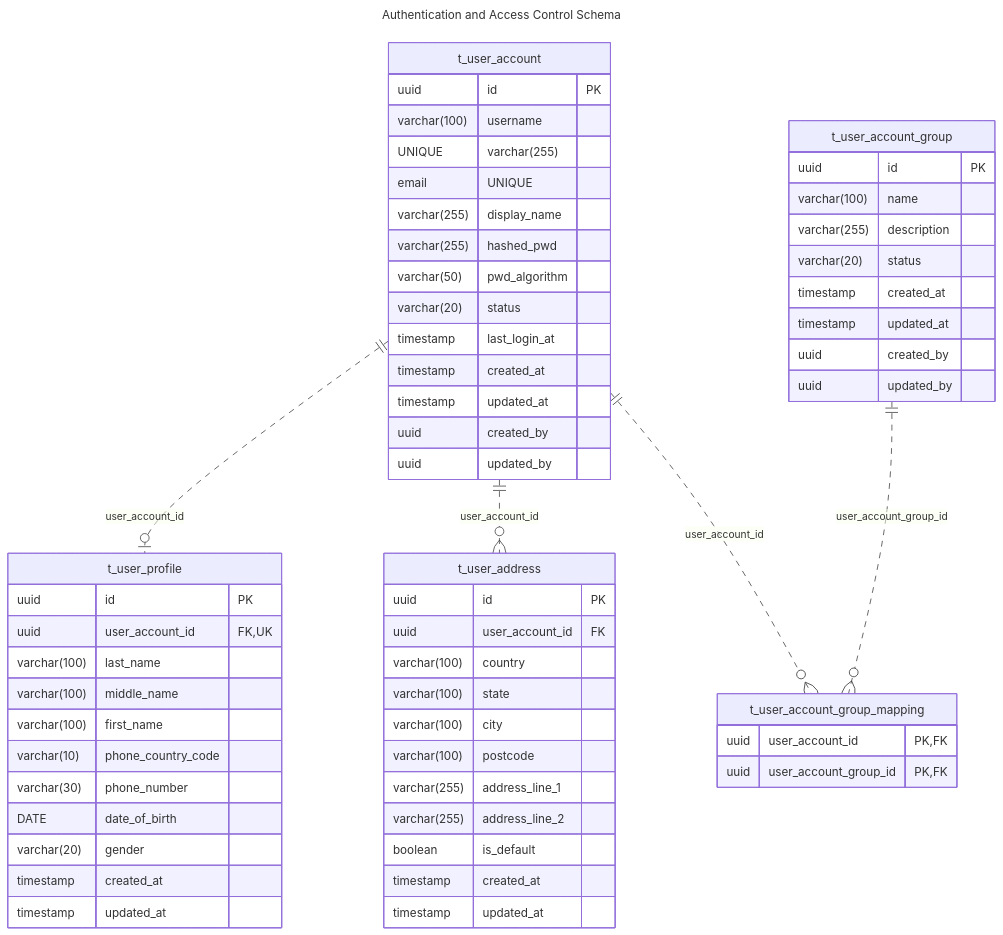
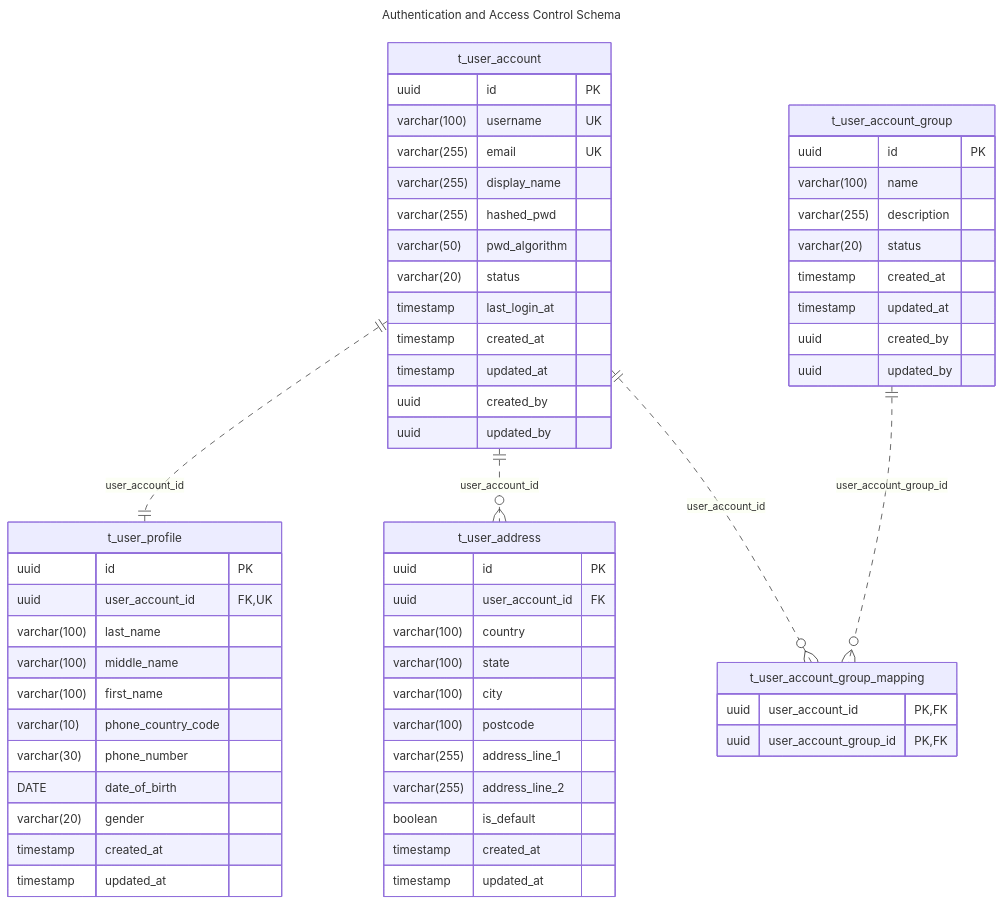
Before and after one commit to va4815/stockflow-docs: the diagram in database/modules/authentication-erd.md, drawn with Mermaid.

Commit message:
docs: update user account fields

```diff
--- a/database/modules/authentication-erd.md
+++ b/database/modules/authentication-erd.md
@@ -8,8 +8,8 @@
 erDiagram
     t_user_account {
         uuid id PK
-        varchar(100) username UNIQUE
-        varchar(255) email UNIQUE
+        varchar(100) username UK
+        varchar(255) email UK
         
         varchar(255) display_name
         varchar(255) hashed_pwd
@@ -41,7 +41,7 @@
         timestamp created_at
         timestamp updated_at
     }
-    t_user_account ||..o| t_user_profile : user_account_id
+    t_user_account ||..|| t_user_profile : user_account_id
 
     t_user_address {
         uuid id PK
```
